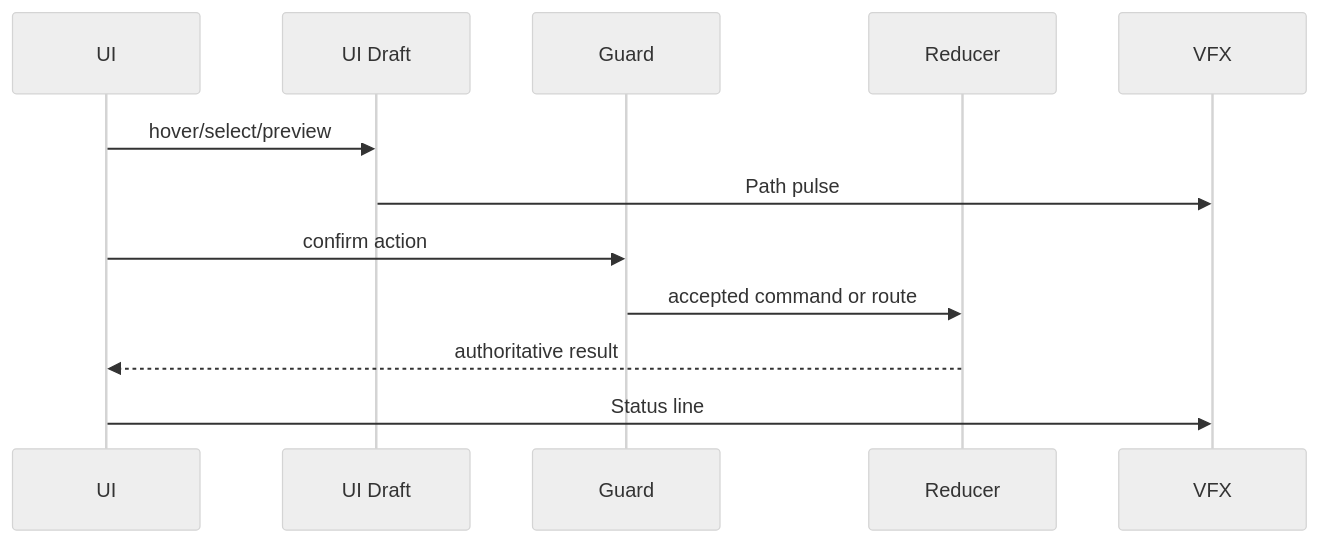
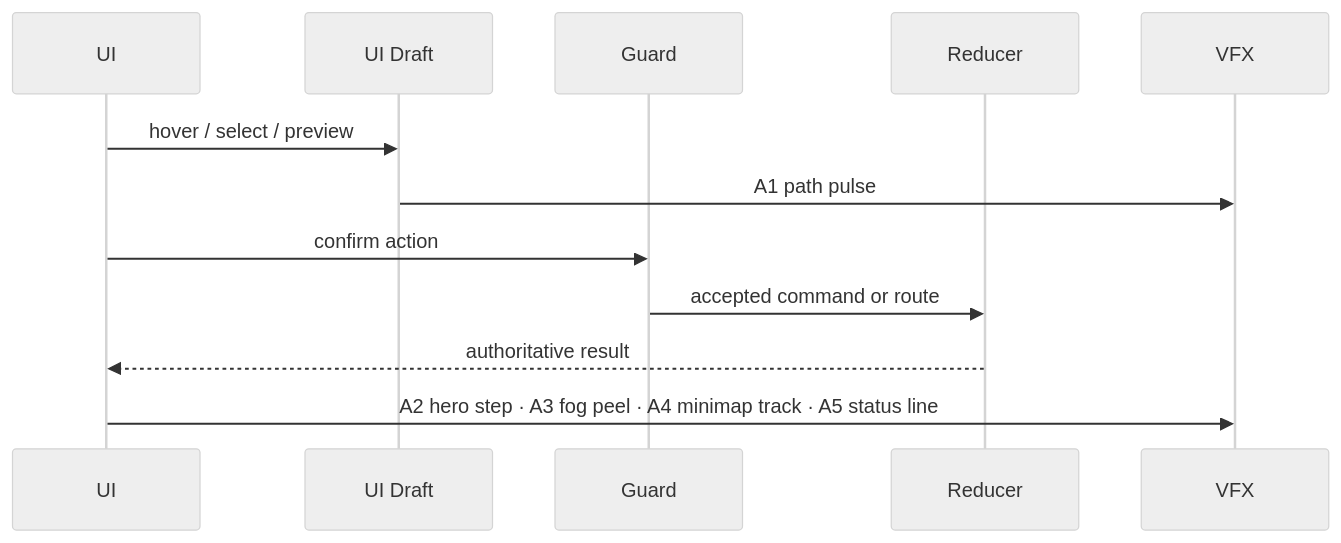
The fourth of 5 diagrams in docs/architecture/wiki/screens/07-adventure-map/architecture.md (SunaNoOshiro/Heroes_Reforged_AI_Realms), drawn with Mermaid (neutral theme) before and after one commit. The commit also changed other lines of this file and 518 other files, not shown here.

First line of the commit message:
Add doc-audit skill and sweep architecture/screen docs

````diff
--- a/docs/architecture/wiki/screens/07-adventure-map/architecture.md
+++ b/docs/architecture/wiki/screens/07-adventure-map/architecture.md
@@ -60,14 +61,14 @@
 ```mermaid
 sequenceDiagram
   participant UI
   participant Draft as UI Draft
   participant Guard
   participant Reducer
   participant VFX
-  UI->>Draft: hover/select/preview
-  Draft->>VFX: Path pulse
+  UI->>Draft: hover / select / preview
+  Draft->>VFX: A1 path pulse
   UI->>Guard: confirm action
   Guard->>Reducer: accepted command or route
   Reducer-->>UI: authoritative result
-  UI->>VFX: Status line
+  UI->>VFX: A2 hero step · A3 fog peel · A4 minimap track · A5 status line
 ```
````
